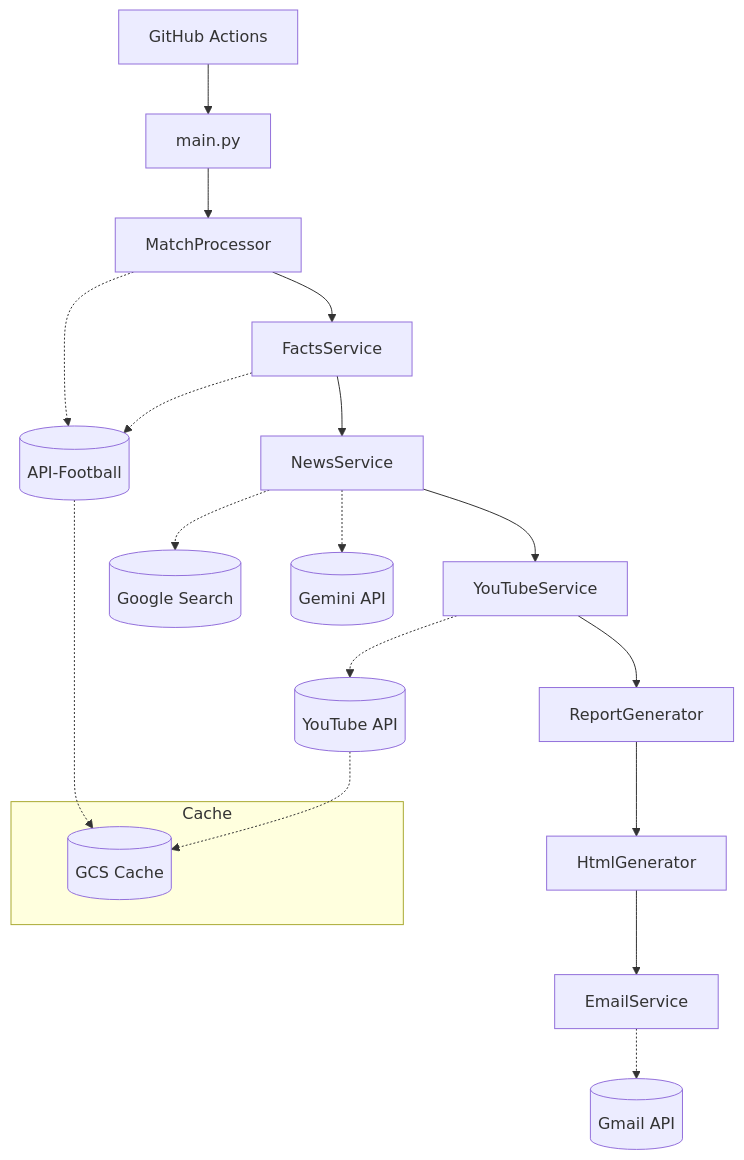
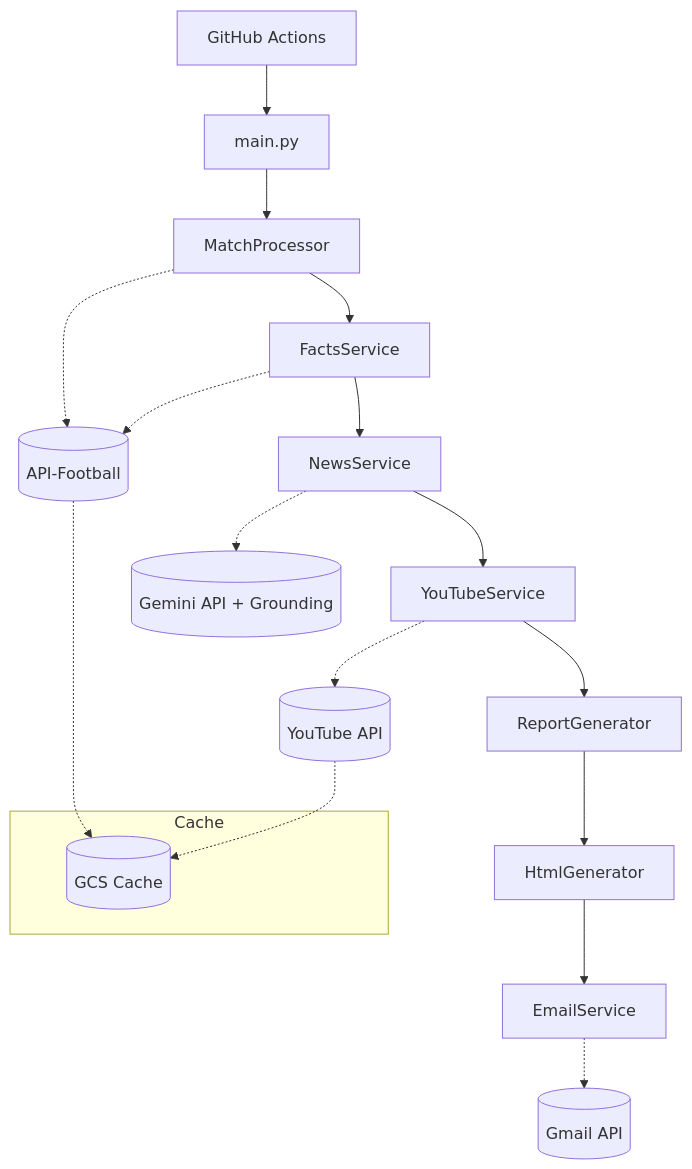
One commit to igrekplus/football-delay-watching changed the diagram in docs/02_architecture/index.md. Above: the diagram before and after it, drawn with Mermaid. The commit also changed 12 other files, not shown here.

First line of the commit message:
docs: consolidate news docs to Gemini Grounding (Issue #121)

````diff
--- a/docs/02_architecture/index.md
+++ b/docs/02_architecture/index.md
@@ -24,24 +24,23 @@
 ```mermaid
 graph TD
     A[GitHub Actions] --> B[main.py]
     B --> C[MatchProcessor]
     C --> D[FactsService]
     D --> E[NewsService]
     E --> F[YouTubeService]
     F --> G[ReportGenerator]
     G --> H[HtmlGenerator]
     H --> I[EmailService]
     
     C -.-> J[(API-Football)]
     D -.-> J
-    E -.-> K[(Google Search)]
-    E -.-> L[(Gemini API)]
+    E -.-> L[(Gemini API + Grounding)]
     F -.-> M[(YouTube API)]
     I -.-> N[(Gmail API)]
     
     subgraph Cache
         O[(GCS Cache)]
     end
     J -.-> O
     M -.-> O
 ```
````
